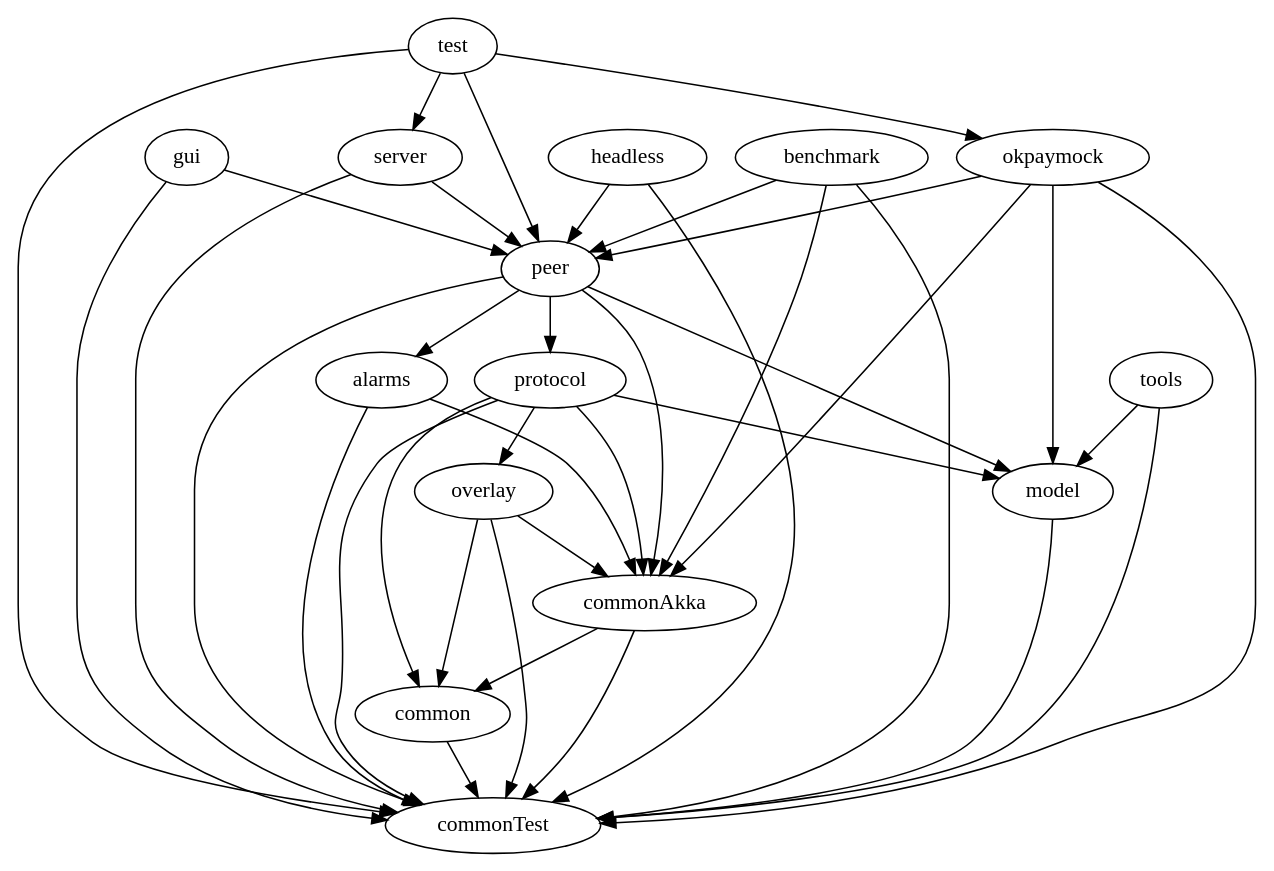
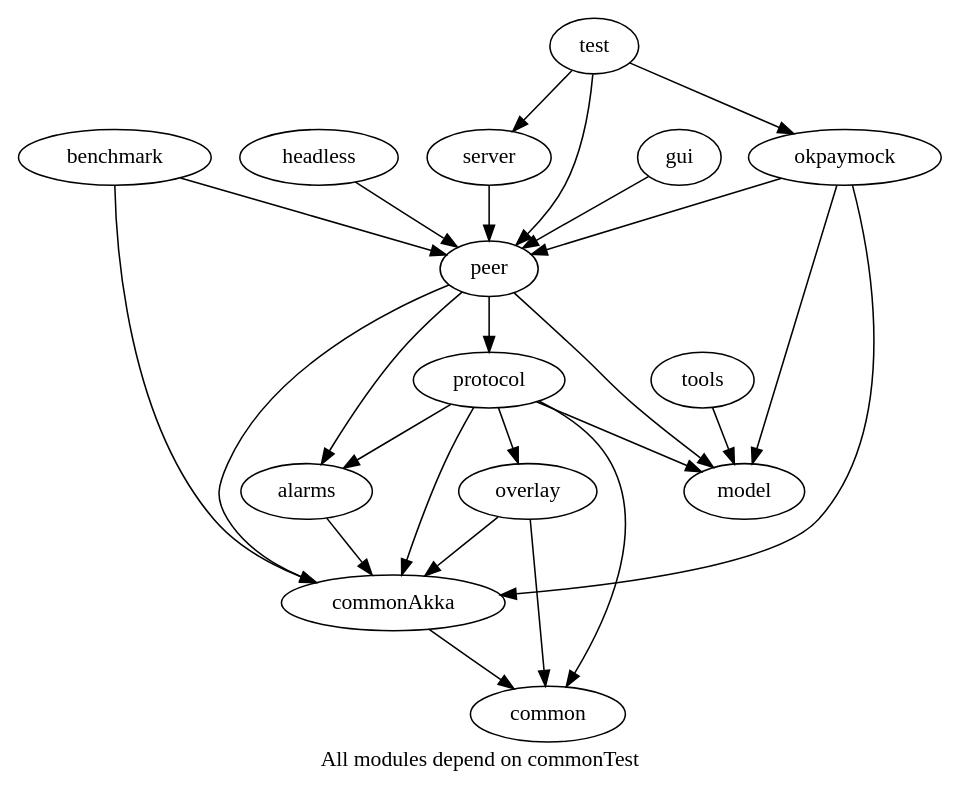
The diagram in doc/graphviz/modules.dot (csesteban/coinffeine), drawn with Graphviz before and after one commit.

Commit message:
Update the modules diagram

```diff
--- a/doc/graphviz/modules.dot
+++ b/doc/graphviz/modules.dot
@@ -1,16 +1,15 @@
 digraph {
-    alarms -> commonTest, commonAkka;
-    server -> peer, commonTest;
-    test -> peer, server, commonTest, okpaymock;
-    gui -> peer, commonTest;
-    tools -> model, commonTest;
-    peer -> alarms, model, protocol, commonAkka, commonTest;
-    protocol -> model, common, commonAkka, commonTest, overlay;
-    overlay -> common, commonAkka, commonTest;
-    model -> commonTest;
-    common -> commonTest;
-    headless -> peer, commonTest;
-    okpaymock -> model, peer, commonAkka, commonTest;
-    commonAkka -> common, commonTest;
-    benchmark -> peer, commonAkka, commonTest;
+    graph[label="All modules depend on commonTest"];
+    alarms -> commonAkka;
+    server -> peer;
+    test -> peer, server, okpaymock;
+    gui -> peer;
+    tools -> model;
+    peer -> alarms, model, protocol, commonAkka;
+    protocol -> alarms, model, common, commonAkka, overlay;
+    overlay -> common, commonAkka;
+    headless -> peer;
+    okpaymock -> model, peer, commonAkka;
+    commonAkka -> common;
+    benchmark -> peer, commonAkka;
 }
```
